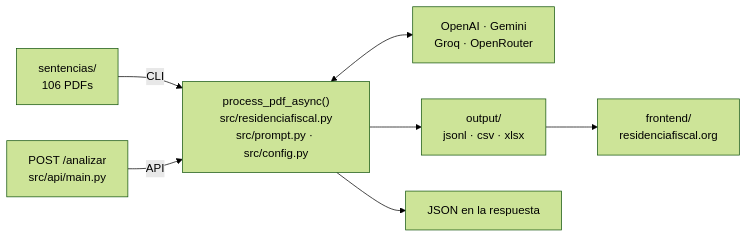
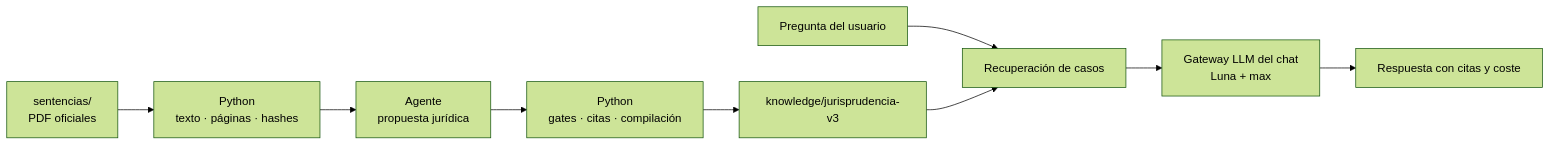
Before and after one commit to jmgb/residenciafiscal: the diagram in README.md, drawn with Mermaid (forest theme). The commit also changed other lines of this file and 44 other files, not shown here.

Commit message:
refactor: separa corpus offline y gateway del chat

````diff
--- a/README.md
+++ b/README.md
@@ -49,9 +51,11 @@
 ```mermaid
 flowchart LR
-    PDFS["sentencias/<br/>106 PDFs"] -->|CLI| CORE
-    HTTP["POST /analizar<br/>src/api/main.py"] -->|API| CORE
-    CORE["process_pdf_async()<br/>src/residenciafiscal.py<br/>src/prompt.py · src/config.py"] <--> LLM["OpenAI · Gemini<br/>Groq · OpenRouter"]
-    CORE --> OUT["output/<br/>jsonl · csv · xlsx"]
-    CORE --> RESP["JSON en la respuesta"]
-    OUT --> WEB["frontend/<br/>residenciafiscal.org"]
+    PDFS["sentencias/<br/>PDF oficiales"] --> PY["Python<br/>texto · páginas · hashes"]
+    PY --> AGENT["Agente<br/>propuesta jurídica"]
+    AGENT --> GATES["Python<br/>gates · citas · compilación"]
+    GATES --> CORPUS["knowledge/jurisprudencia-v3"]
+    QUESTION["Pregunta del usuario"] --> RETRIEVAL["Recuperación de casos"]
+    CORPUS --> RETRIEVAL
+    RETRIEVAL --> CHAT["Gateway LLM del chat<br/>Luna + max"]
+    CHAT --> ANSWER["Respuesta con citas y coste"]
 ```
````
